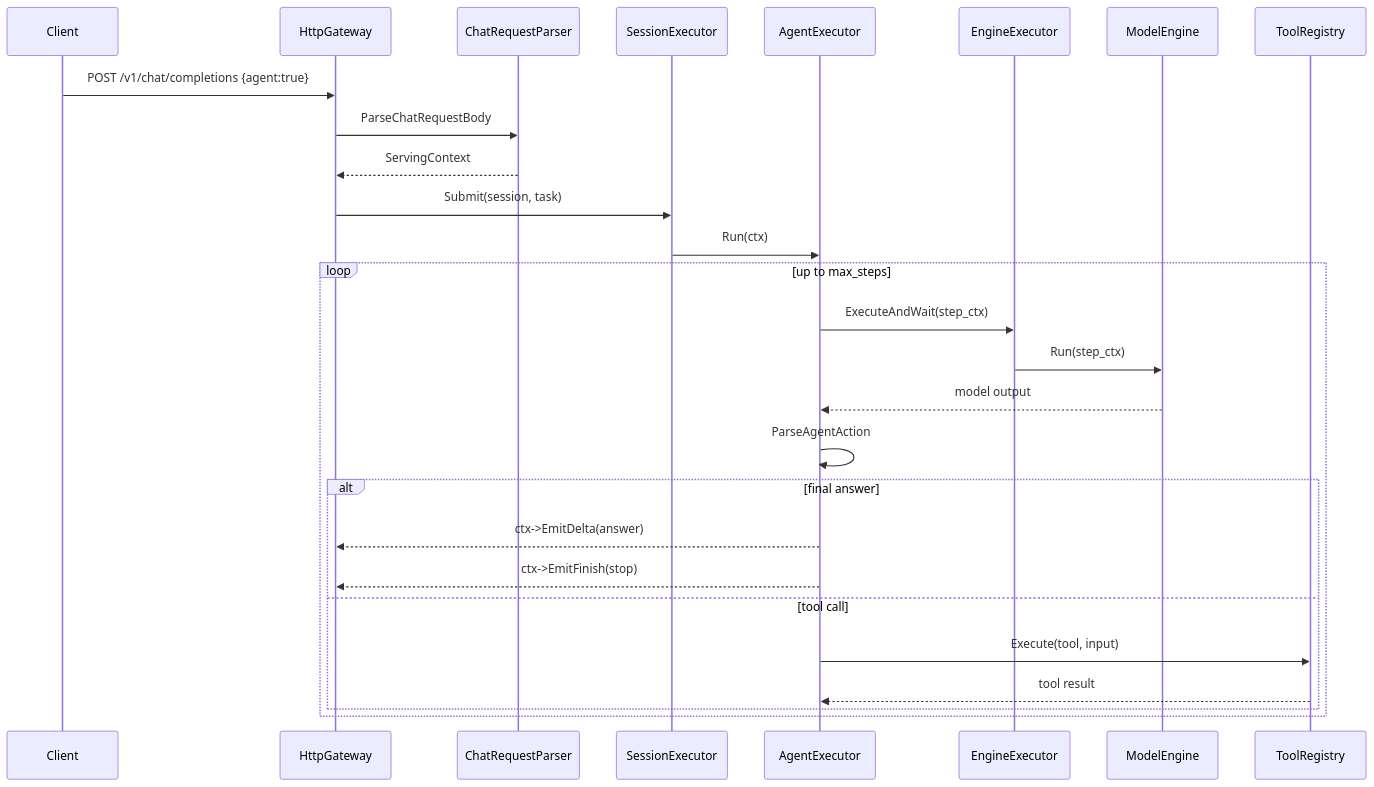
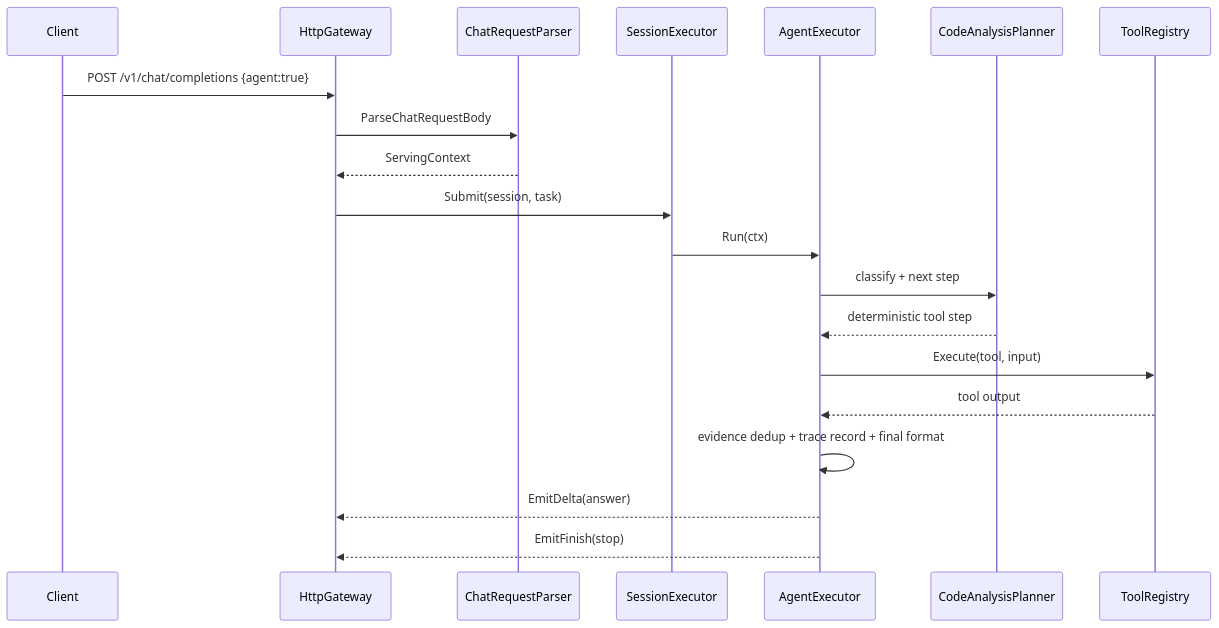
Before and after one commit to PitifulDs/llm_MultimodalServer: the diagram in docs/智能体使用说明.md, drawn with Mermaid. The commit also changed other lines of this file and 25 other files, not shown here.

Commit message:
Add Code Analysis Agent V1

````diff
--- a/docs/智能体使用说明.md
+++ b/docs/智能体使用说明.md
@@ -80,32 +154,23 @@
 ```mermaid
 sequenceDiagram
   participant C as Client
   participant G as HttpGateway
   participant P as ChatRequestParser
   participant SX as SessionExecutor
   participant A as AgentExecutor
-  participant X as EngineExecutor
-  participant E as ModelEngine
+  participant CA as CodeAnalysisPlanner
   participant T as ToolRegistry
 
   C->>G: POST /v1/chat/completions {agent:true}
   G->>P: ParseChatRequestBody
   P-->>G: ServingContext
   G->>SX: Submit(session, task)
   SX->>A: Run(ctx)
-
-  loop up to max_steps
-    A->>X: ExecuteAndWait(step_ctx)
-    X->>E: Run(step_ctx)
-    E-->>A: model output
-    A->>A: ParseAgentAction
-
-    alt final answer
-      A-->>G: ctx->EmitDelta(answer)
-      A-->>G: ctx->EmitFinish(stop)
-    else tool call
-      A->>T: Execute(tool, input)
-      T-->>A: tool result
-    end
-  end
+  A->>CA: classify + next step
+  CA-->>A: deterministic tool step
+  A->>T: Execute(tool, input)
+  T-->>A: tool output
+  A->>A: evidence dedup + trace record + final format
+  A-->>G: EmitDelta(answer)
+  A-->>G: EmitFinish(stop)
 ```
````
